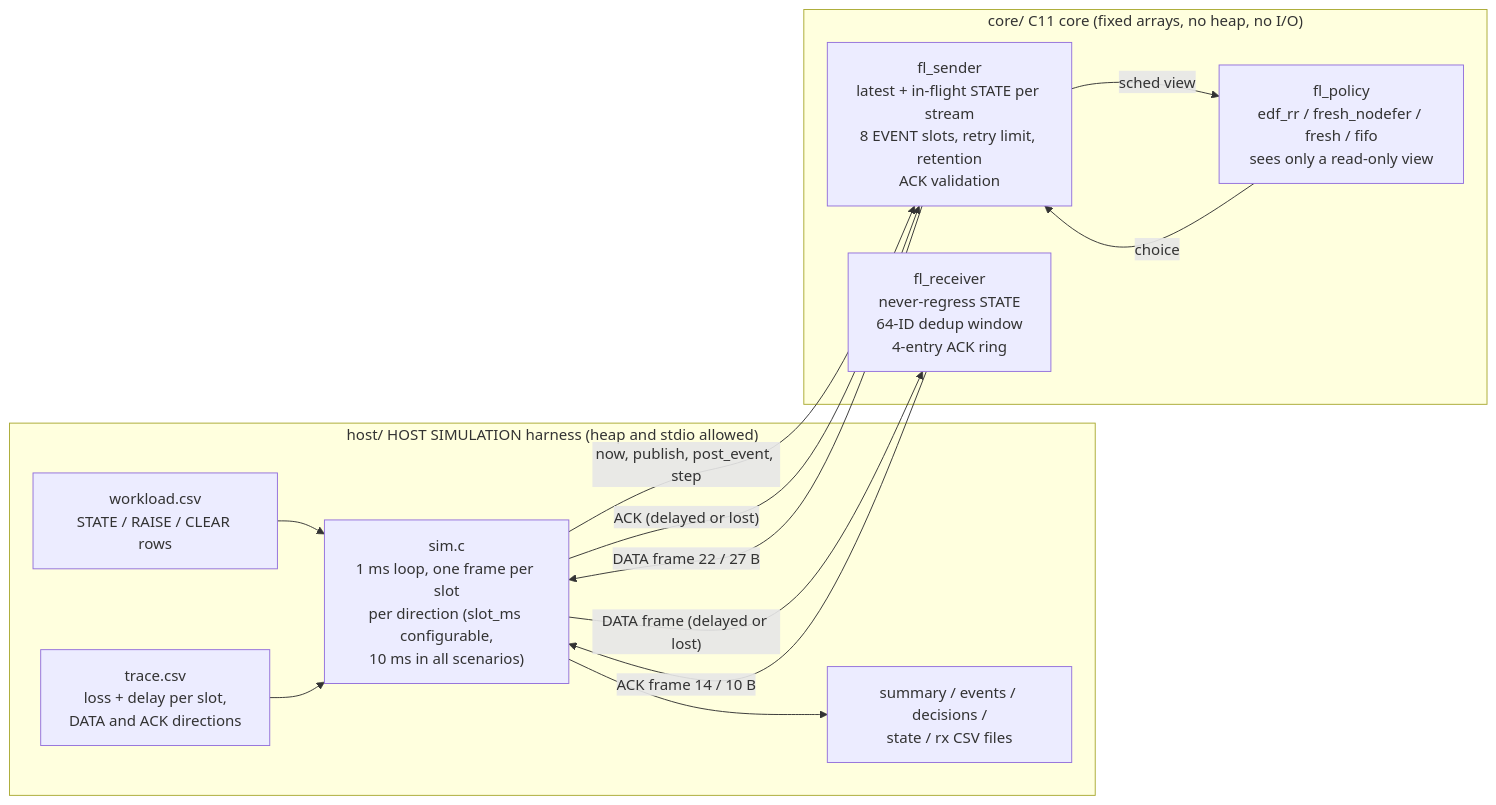
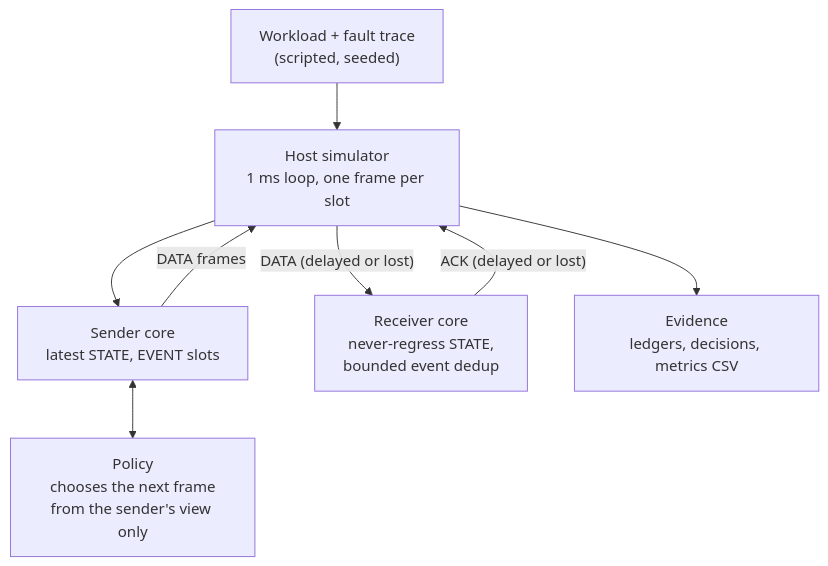
One commit to Padmaja777AI/freshness-lab changed the diagram in README.md. Above: the diagram before and after it, drawn with Mermaid.

Commit message:
README: compact top-to-bottom architecture diagram (7 nodes) for readable rendering
Claude-Session: https://claude.ai/code/session_01BF53CU6xj5Z2LF11xazNry

````diff
--- a/README.md
+++ b/README.md
@@ -85,20 +85,10 @@
 ```mermaid
-flowchart LR
-  subgraph HOST["host/  HOST SIMULATION harness (heap and stdio allowed)"]
-    WL["workload.csv<br/>STATE / RAISE / CLEAR rows"] --> SIM["sim.c<br/>1 ms loop, one frame per slot<br/>per direction (slot_ms configurable,<br/>10 ms in all scenarios)"]
-    TR["trace.csv<br/>loss + delay per slot,<br/>DATA and ACK directions"] --> SIM
-    SIM --> OUTF["summary / events / decisions /<br/>state / rx CSV files"]
-  end
-  subgraph CORE["core/  C11 core (fixed arrays, no heap, no I/O)"]
-    S["fl_sender<br/>latest + in-flight STATE per stream<br/>8 EVENT slots, retry limit, retention<br/>ACK validation"]
-    P["fl_policy<br/>edf_rr / fresh_nodefer / fresh / fifo<br/>sees only a read-only view"]
-    R["fl_receiver<br/>never-regress STATE<br/>64-ID dedup window<br/>4-entry ACK ring"]
-    S -- "sched view" --> P
-    P -- "choice" --> S
-  end
-  SIM -- "now, publish, post_event, step" --> S
-  S -- "DATA frame 22 / 27 B" --> SIM
-  SIM -- "DATA frame (delayed or lost)" --> R
-  R -- "ACK frame 14 / 10 B" --> SIM
-  SIM -- "ACK (delayed or lost)" --> S
+flowchart TB
+  IN["Workload + fault trace<br/>(scripted, seeded)"] --> SIM["Host simulator<br/>1 ms loop, one frame per slot"]
+  SIM --> TX["Sender core<br/>latest STATE, EVENT slots"]
+  TX <--> POL["Policy<br/>chooses the next frame<br/>from the sender's view only"]
+  TX -- "DATA frames" --> SIM
+  SIM -- "DATA (delayed or lost)" --> RX["Receiver core<br/>never-regress STATE,<br/>bounded event dedup"]
+  RX -- "ACK (delayed or lost)" --> SIM
+  SIM --> OUT["Evidence<br/>ledgers, decisions, metrics CSV"]
 ```
````
